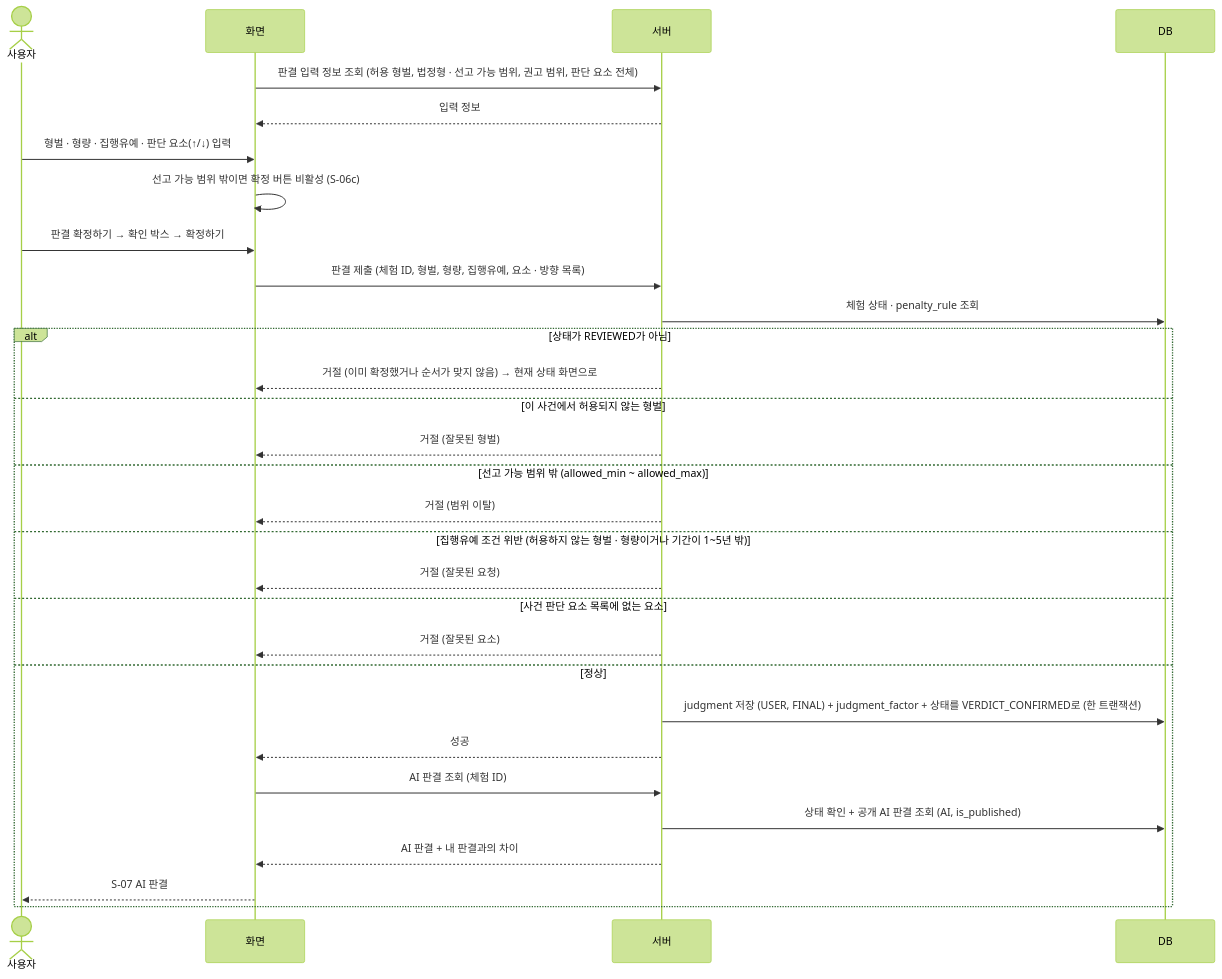
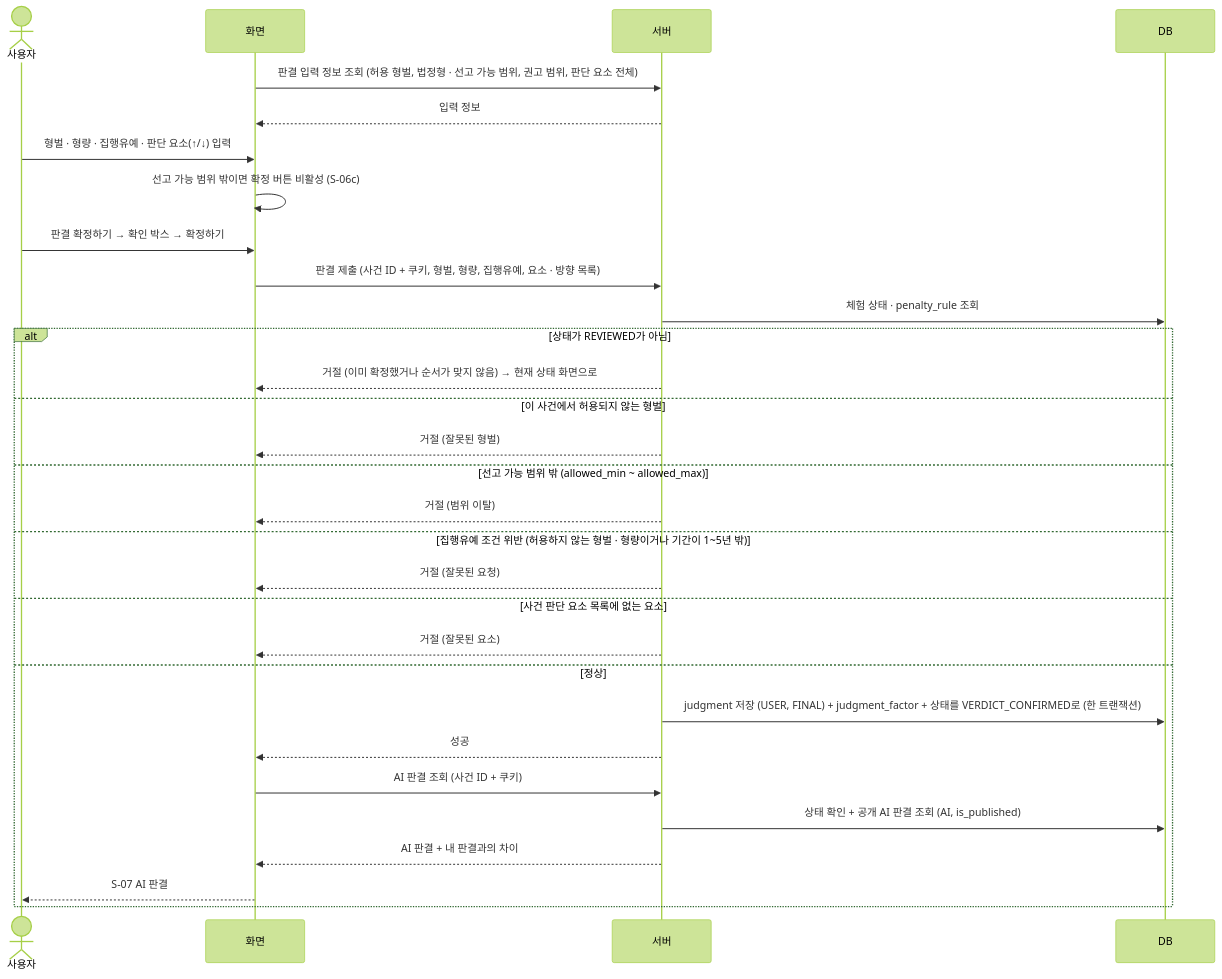
The fifth of 7 diagrams in docs/sequence-diagram.md (prgrms-aibe-devcourse/AIBE7_FinalProject_Team2), drawn with Mermaid (forest theme) before and after one commit. The commit also changed other lines of this file and 1 other file, not shown here.

Commit message:
docs : COMMON-4 API 명세 · 시퀀스 다이어그램에 정합성 점검 결정 반영

````diff
--- a/docs/sequence-diagram.md
+++ b/docs/sequence-diagram.md
@@ -168,33 +176,33 @@
 ```mermaid
 sequenceDiagram
     actor U as 사용자
     participant F as 화면
     participant S as 서버
     participant D as DB
  
     F->>S: 판결 입력 정보 조회 (허용 형벌, 법정형 · 선고 가능 범위, 권고 범위, 판단 요소 전체)
     S-->>F: 입력 정보
     U->>F: 형벌 · 형량 · 집행유예 · 판단 요소(↑/↓) 입력
     F->>F: 선고 가능 범위 밖이면 확정 버튼 비활성 (S-06c)
     U->>F: 판결 확정하기 → 확인 박스 → 확정하기
-    F->>S: 판결 제출 (체험 ID, 형벌, 형량, 집행유예, 요소 · 방향 목록)
+    F->>S: 판결 제출 (사건 ID + 쿠키, 형벌, 형량, 집행유예, 요소 · 방향 목록)
     S->>D: 체험 상태 · penalty_rule 조회
     alt 상태가 REVIEWED가 아님
         S-->>F: 거절 (이미 확정했거나 순서가 맞지 않음) → 현재 상태 화면으로
     else 이 사건에서 허용되지 않는 형벌
         S-->>F: 거절 (잘못된 형벌)
     else 선고 가능 범위 밖 (allowed_min ~ allowed_max)
         S-->>F: 거절 (범위 이탈)
     else 집행유예 조건 위반 (허용하지 않는 형벌 · 형량이거나 기간이 1~5년 밖)
         S-->>F: 거절 (잘못된 요청)
     else 사건 판단 요소 목록에 없는 요소
         S-->>F: 거절 (잘못된 요소)
     else 정상
         S->>D: judgment 저장 (USER, FINAL) + judgment_factor + 상태를 VERDICT_CONFIRMED로 (한 트랜잭션)
         S-->>F: 성공
-        F->>S: AI 판결 조회 (체험 ID)
+        F->>S: AI 판결 조회 (사건 ID + 쿠키)
         S->>D: 상태 확인 + 공개 AI 판결 조회 (AI, is_published)
         S-->>F: AI 판결 + 내 판결과의 차이
         F-->>U: S-07 AI 판결
     end
 ```
````
